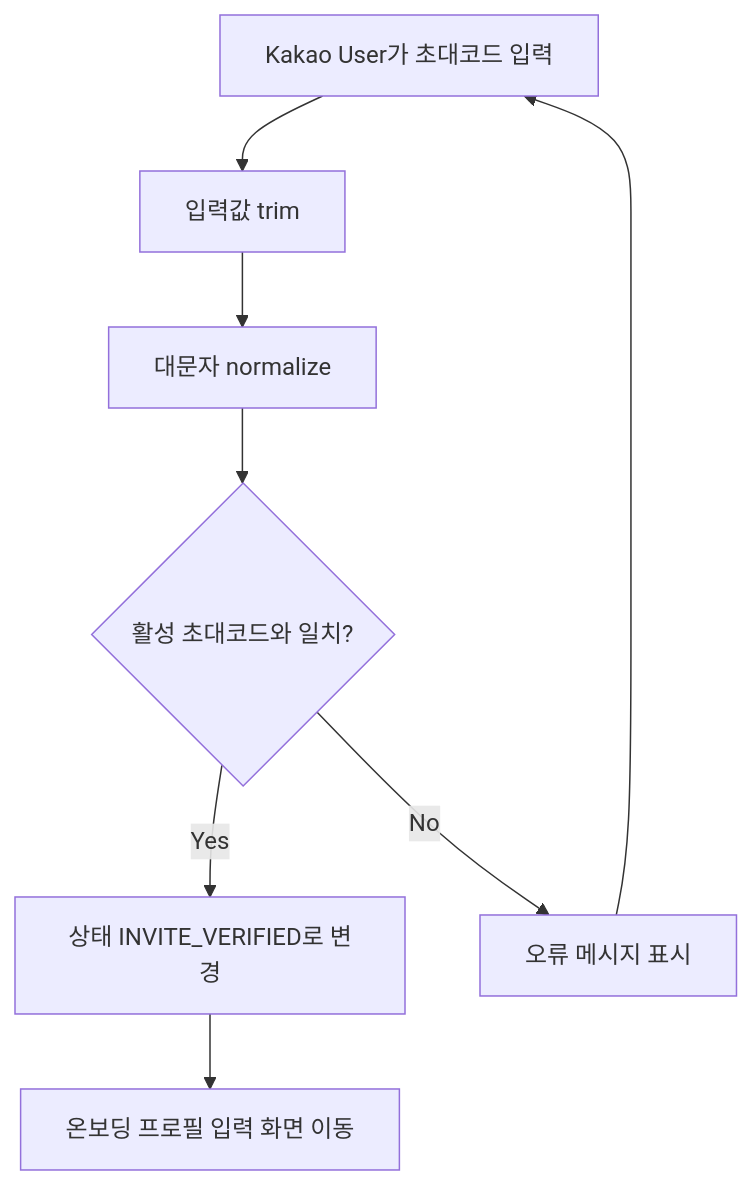
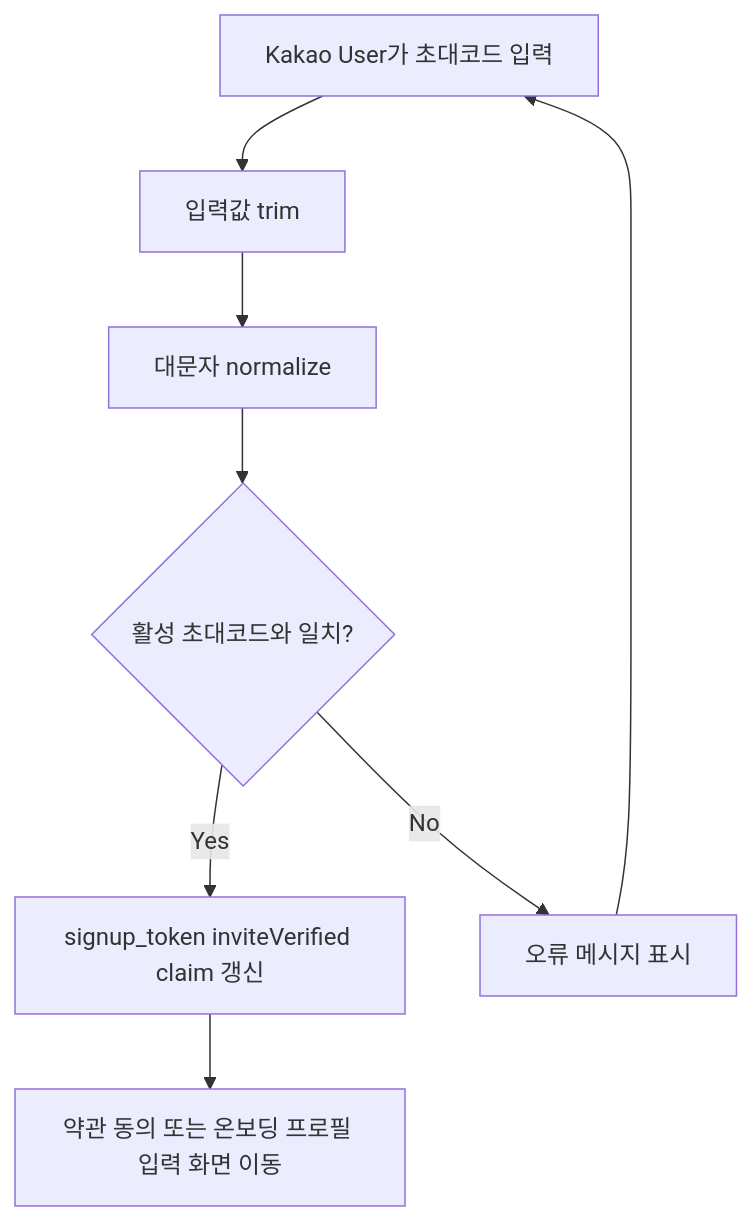
One commit to ljh468/growth-archive changed the third of 4 diagrams in docs/prd/PRD_002_Users_Auth_Permissions_Onboarding.md. Above: the diagram before and after it, drawn with Mermaid. The commit also changed other lines of this file and 9 other files, not shown here.

````diff
--- a/docs/prd/PRD_002_Users_Auth_Permissions_Onboarding.md
+++ b/docs/prd/PRD_002_Users_Auth_Permissions_Onboarding.md
@@ -399,10 +411,10 @@
 ```mermaid
 flowchart TD
     A[Kakao User가 초대코드 입력] --> B[입력값 trim]
     B --> C[대문자 normalize]
     C --> D{활성 초대코드와 일치?}
-    D -->|Yes| E[상태 INVITE_VERIFIED로 변경]
-    E --> F[온보딩 프로필 입력 화면 이동]
+    D -->|Yes| E[signup_token inviteVerified claim 갱신]
+    E --> F[약관 동의 또는 온보딩 프로필 입력 화면 이동]
     D -->|No| G[오류 메시지 표시]
     G --> A
 ```
````
